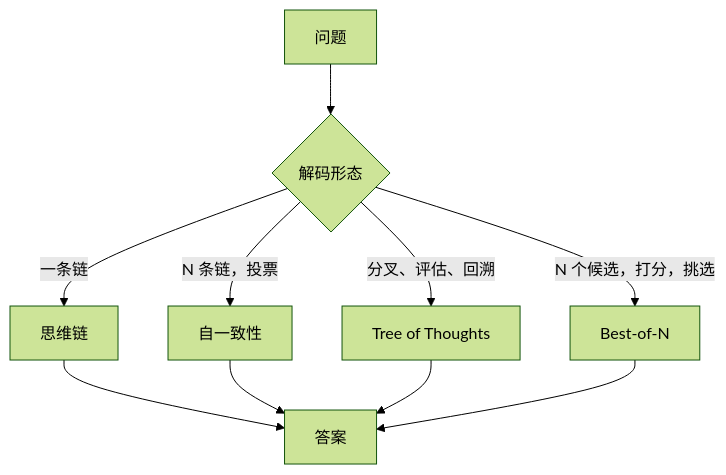
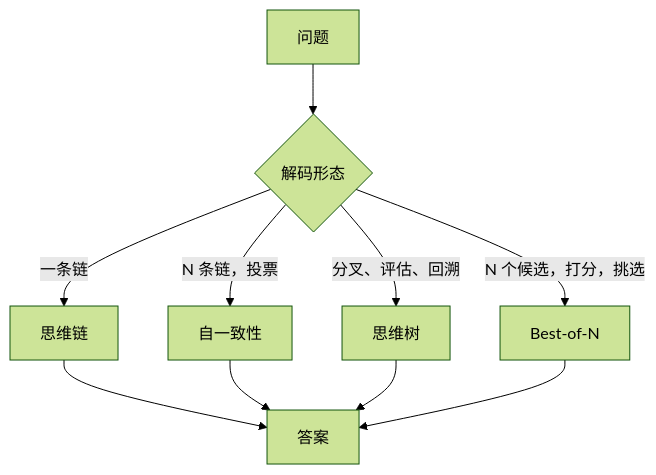
Before and after one commit to latere-ai/ai-as-an-infrastructure: the first of 3 diagrams in zh/reasoning/01-eliciting-reasoning.qmd, drawn with Mermaid (forest theme). The commit also changed other lines of this file and 128 other files, not shown here.

````diff
--- a/zh/reasoning/01-eliciting-reasoning.qmd
+++ b/zh/reasoning/01-eliciting-reasoning.qmd
@@ -13,14 +13,14 @@
 ```{mermaid}
 %%| label: fig-eliciting-reasoning-shapes
-%%| fig-cap: "从一个固定模型引出并选择推理的四种解码形态。每一种都比贪心解码花费更多推理算力，只是结构不同。"
+%%| fig-cap: "从一个固定模型引出并选择推理的四种解码形态。每一种都比贪心解码花费更多推断算力，只是结构不同。"
 flowchart TB
   Q[问题] --> M{解码形态}
   M -->|一条链| CoT[思维链]
   M -->|N 条链，投票| SC[自一致性]
-  M -->|分叉、评估、回溯| ToT[Tree of Thoughts]
+  M -->|分叉、评估、回溯| ToT[思维树]
   M -->|N 个候选，打分，挑选| BoN[Best-of-N]
   CoT --> A[答案]
   SC --> A
   ToT --> A
   BoN --> A
 ```
````
